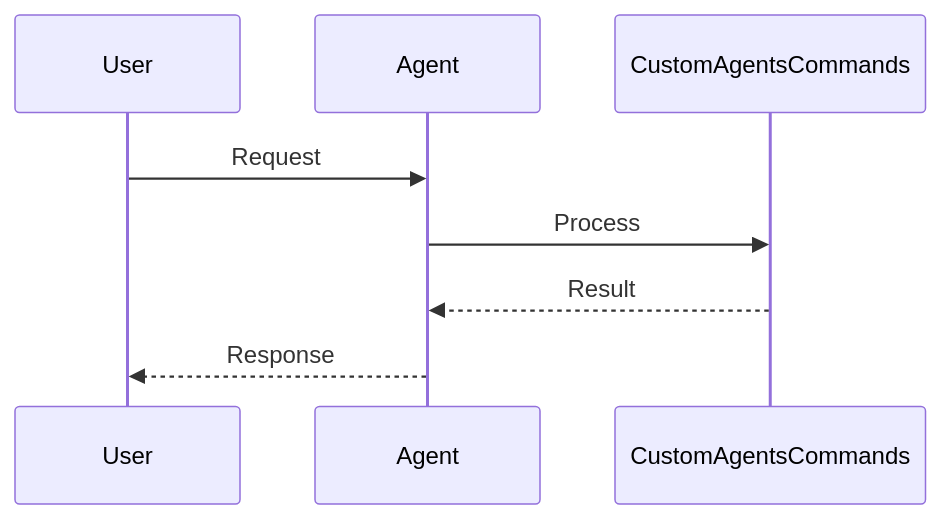
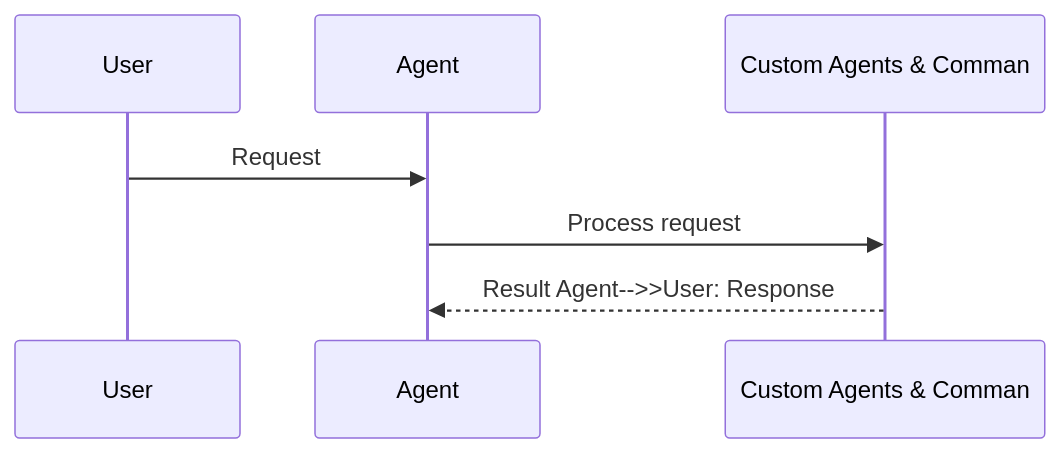
Before and after one commit to MervinPraison/PraisonAIDocs: the second of 4 diagrams in docs/features/custom-agents-commands.mdx, drawn with Mermaid. The commit also changed 204 other files, not shown here.

First line of the commit message:
docs: align feature/tool pages with AGENTS.md hero + sequence + import standards (fixes #1775)

````diff
--- a/docs/features/custom-agents-commands.mdx
+++ b/docs/features/custom-agents-commands.mdx
@@ -42,11 +42,10 @@
 ```mermaid
 sequenceDiagram
     participant User
     participant Agent
-    participant CustomAgentsCommands
+    participant Feature as Custom Agents & Comman
 
     User->>Agent: Request
-    Agent->>CustomAgentsCommands: Process
-    CustomAgentsCommands-->>Agent: Result
-    Agent-->>User: Response
+    Agent->>Feature: Process request
+    Feature-->>Agent: Result    Agent-->>User: Response
 ```
````
